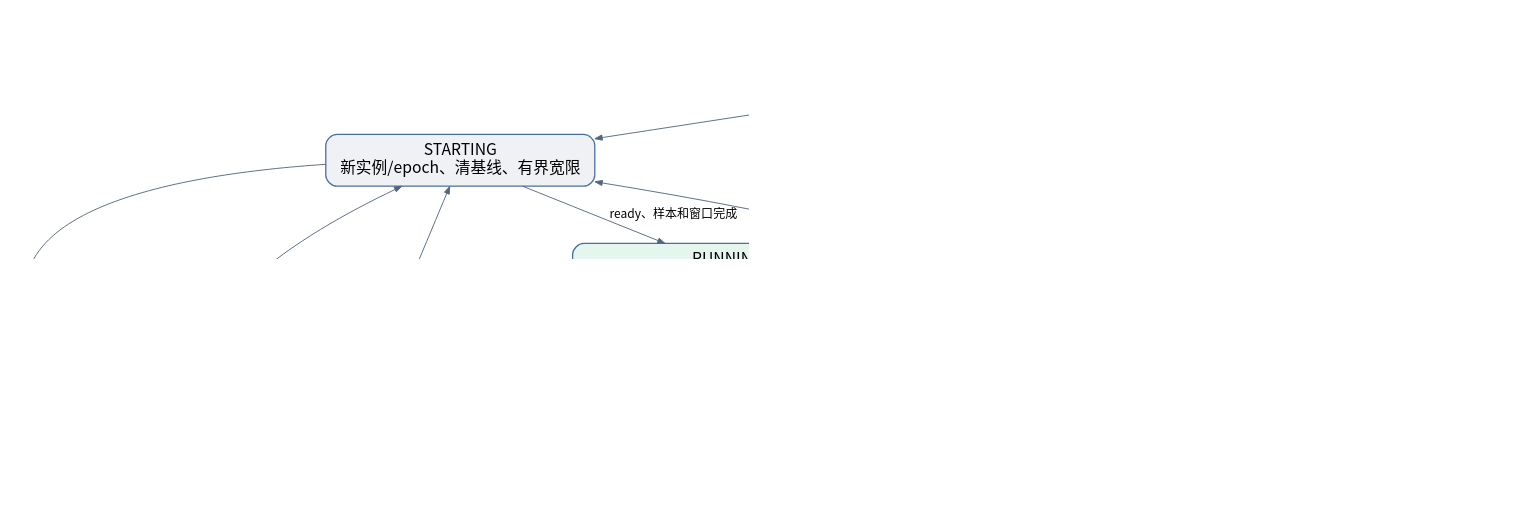
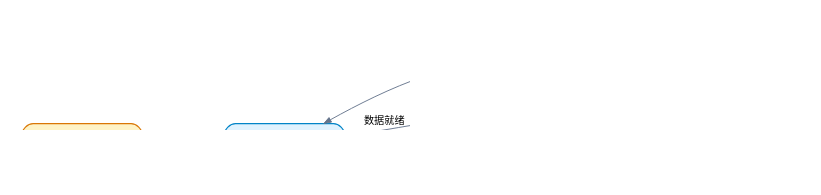
Before and after one commit to spacethroughing/Robot-Data-Health-Monitoring-Module: the diagram in FAST_LIO/doc/ros1_workspace/flowcharts/health_v2_lifecycle_flow.dot, drawn with Graphviz. The commit also changed 41 other files, not shown here.

Commit message:
docs: simplify health monitoring diagrams and wording

```diff
--- a/FAST_LIO/doc/ros1_workspace/flowcharts/health_v2_lifecycle_flow.dot
+++ b/FAST_LIO/doc/ros1_workspace/flowcharts/health_v2_lifecycle_flow.dot
@@ -1,27 +1,17 @@
 digraph G {
-graph [rankdir=TB, bgcolor="white", pad="0.35", nodesep="0.5", ranksep="0.65", fontname="Noto Sans CJK SC", dpi=150];
-node [shape=box, style="rounded,filled", fillcolor="#edf4ff", color="#4771a3", penwidth=1.4, fontname="Noto Sans CJK SC", fontsize=17, margin="0.18,0.12"];
-edge [color="#53677f", fontname="Noto Sans CJK SC", fontsize=13, arrowsize=0.8];
-U [label="UNKNOWN\n意图未确认 / 不假定正常停机", fillcolor="#fff4d9", shape=box];
-S [label="STARTING\n新实例/epoch、清基线、有界宽限", fillcolor="#eff1f4", shape=box];
-R [label="RUNNING\n按规则独立输出 OK / WARNING / ERROR", fillcolor="#e5f6ee", shape=box];
-P [label="STOPPING\n明确 STOP 请求 / 等确认", fillcolor="#fff4d9", shape=box];
-T [label="STOPPED\n正常停止灰显 / operational_valid=false", fillcolor="#eff1f4", shape=box];
-F [label="FAULT\n非计划缺流 / 进程丢失 / 控制超时", fillcolor="#fde9e9", shape=box];
-A [label="PAUSED\n明确回放暂停 / 不提供实时有效性", fillcolor="#eff1f4", shape=box];
-U -> S [label="新鲜 RUN / 新实例"];
-S -> R [label="ready、样本和窗口完成"];
-S -> F [label="初始化超时/启动失败"];
-R -> P [label="STOP 意图先于进程停止"];
-P -> T [label="确认目标已停止"];
-P -> F [label="停机确认超时"];
-T -> T [label="管理心跳有效：可等待30秒或更长"];
-T -> S [label="后续 RUN / 新实例"];
-R -> F [label="非计划断流/进程丢失"];
-F -> S [label="新实例启动"];
-F -> R [label="同实例输出恢复且持续通过"];
-R -> A [label="明确暂停"];
-A -> S [label="恢复并重建窗口"];
-T -> U [label="管理端失联"];
-R -> U [label="管理端失联"];
+  graph [rankdir=LR, bgcolor="white", pad="0.3", nodesep="0.45", ranksep="0.55", fontname="Noto Sans CJK SC", dpi=150];
+  node [shape=box, style="rounded,filled", fillcolor="#F8FAFC", color="#94A3B8", penwidth=1.3, fontname="Noto Sans CJK SC", fontsize=15, margin="0.17,0.11"];
+  edge [color="#64748B", fontname="Noto Sans CJK SC", fontsize=11, arrowsize=0.8];
+  U [label="未知\n未收到运行状态", fillcolor="#FEF3C7", color="#D97706"];
+  S [label="启动中\n建立新数据基线", fillcolor="#E0F2FE", color="#0284C7"];
+  R [label="运行中\n持续检查数据", fillcolor="#DCFCE7", color="#16A34A"];
+  T [label="正常停止\n灰色待机，定位不可用", fillcolor="#F1F5F9"];
+  F [label="异常\n意外退出或超时", fillcolor="#FEE2E2", color="#DC2626"];
+  U -> S [label="收到 RUN"];
+  S -> R [label="数据就绪"];
+  S -> F [label="启动失败 / 超时"];
+  R -> T [label="收到 STOP 且确认退出"];
+  R -> F [label="意外断流 / 进程退出"];
+  T -> S [label="再次 RUN\n清除旧基线"];
+  F -> S [label="重新启动"];
 }
```
